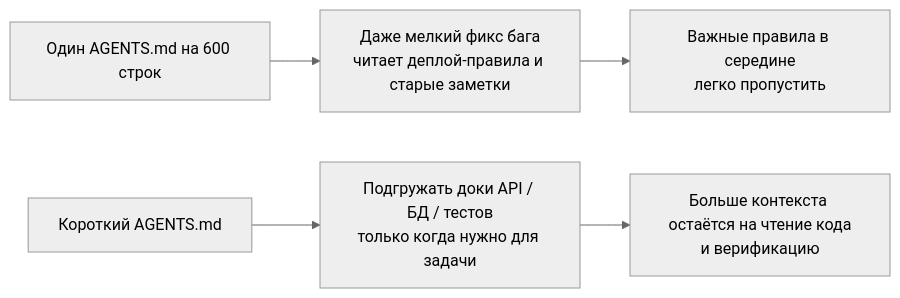
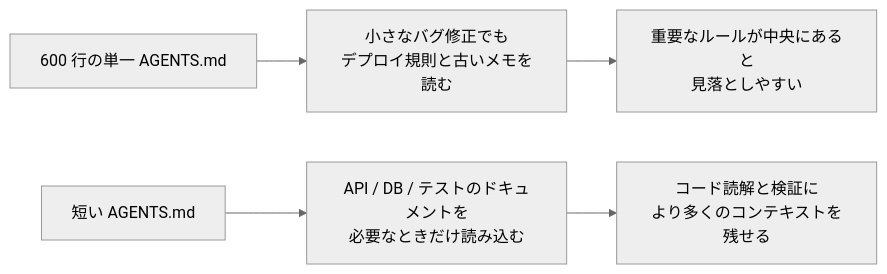
One commit to mkusaka/learn-harness-engineering changed the first of 2 diagrams in docs/ru/lectures/lecture-04-why-one-giant-instruction-file-fails/index.md. Above: the diagram before and after it, drawn with Mermaid (neutral theme). The commit also changed other lines of this file and 571 other files, not shown here.

````diff
--- a/docs/ru/lectures/lecture-04-why-one-giant-instruction-file-fails/index.md
+++ b/docs/ru/lectures/lecture-04-why-one-giant-instruction-file-fails/index.md
@@ -39,8 +39,8 @@
 ```mermaid
 flowchart LR
-    Mono["Один AGENTS.md на 600 строк"] --> MonoLoad["Даже мелкий фикс бага<br/>читает деплой-правила и старые заметки"]
-    MonoLoad --> MonoRisk["Важные правила в середине<br/>легко пропустить"]
+    Mono["600 行の単一 AGENTS.md"] --> MonoLoad["小さなバグ修正でも<br/>デプロイ規則と古いメモを読む"]
+    MonoLoad --> MonoRisk["重要なルールが中央にあると<br/>見落としやすい"]
 
-    Router["Короткий AGENTS.md"] --> Topics["Подгружать доки API / БД / тестов<br/>только когда нужно для задачи"]
-    Topics --> RoutedResult["Больше контекста остаётся на чтение кода<br/>и верификацию"]
+    Router["短い AGENTS.md"] --> Topics["API / DB / テストのドキュメントを<br/>必要なときだけ読み込む"]
+    Topics --> RoutedResult["コード読解と検証に<br/>より多くのコンテキストを残せる"]
 ```
````
